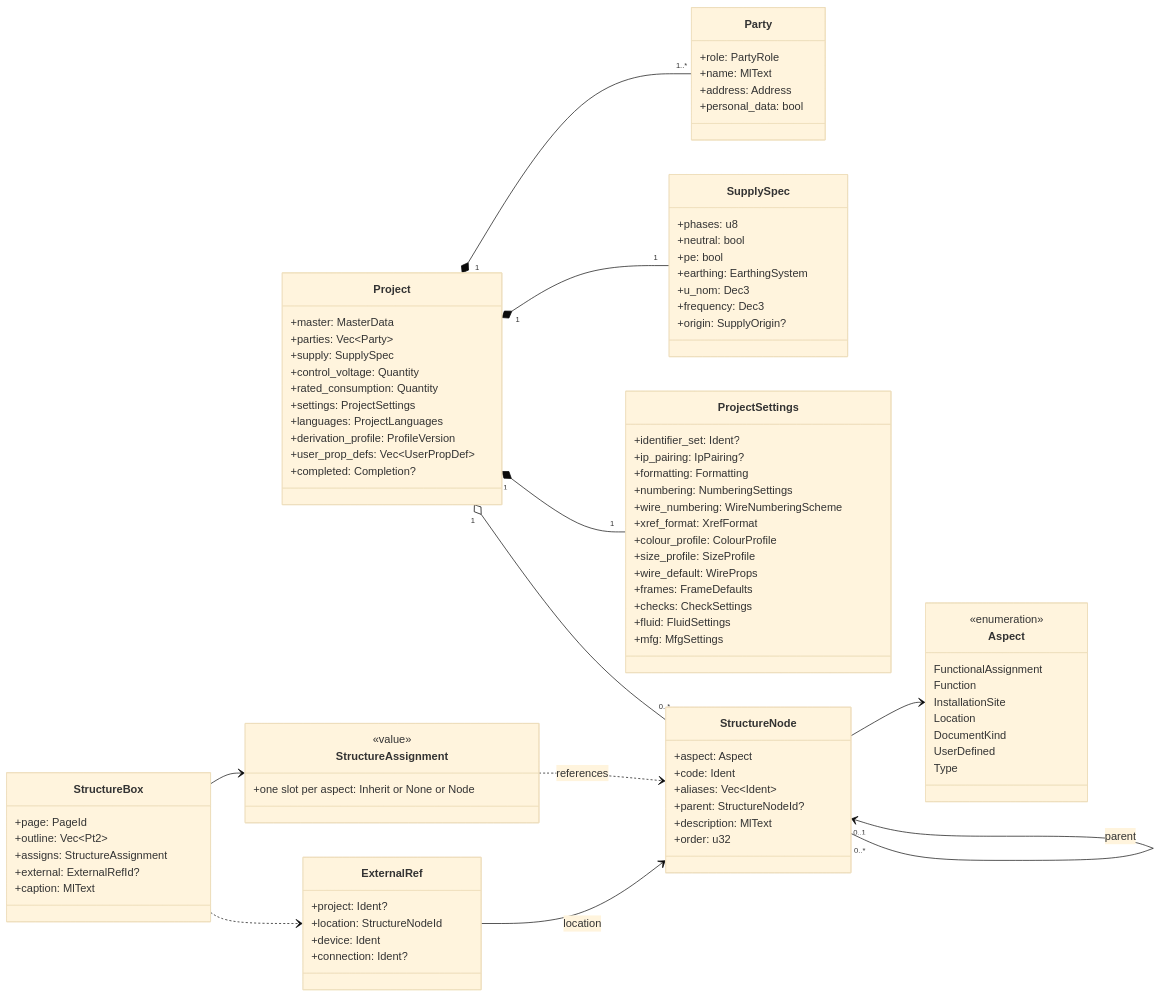
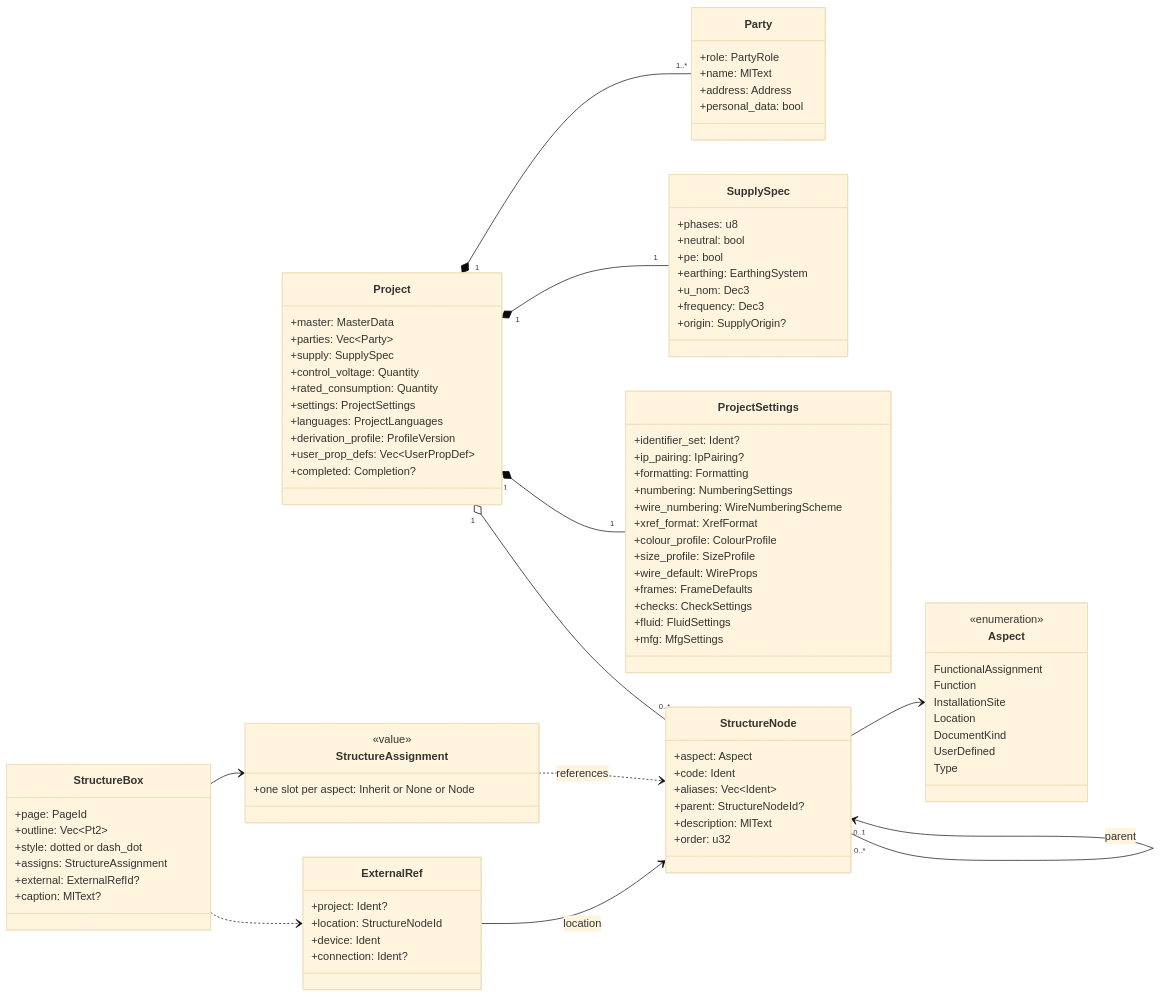
One commit to Ironkode787/ElektraWatt changed the third of 20 diagrams in docs/design/03-domain-model.md. Above: the diagram before and after it, drawn with Mermaid (base theme). The commit also changed other lines of this file and 18 other files, not shown here.

```diff
--- a/docs/design/03-domain-model.md
+++ b/docs/design/03-domain-model.md
@@ -479,9 +482,10 @@
   class StructureBox {
     +page: PageId
     +outline: Vec~Pt2~
+    +style: dotted or dash_dot
     +assigns: StructureAssignment
     +external: ExternalRefId?
-    +caption: MlText
+    +caption: MlText?
   }
   class ExternalRef {
     +project: Ident?
```
